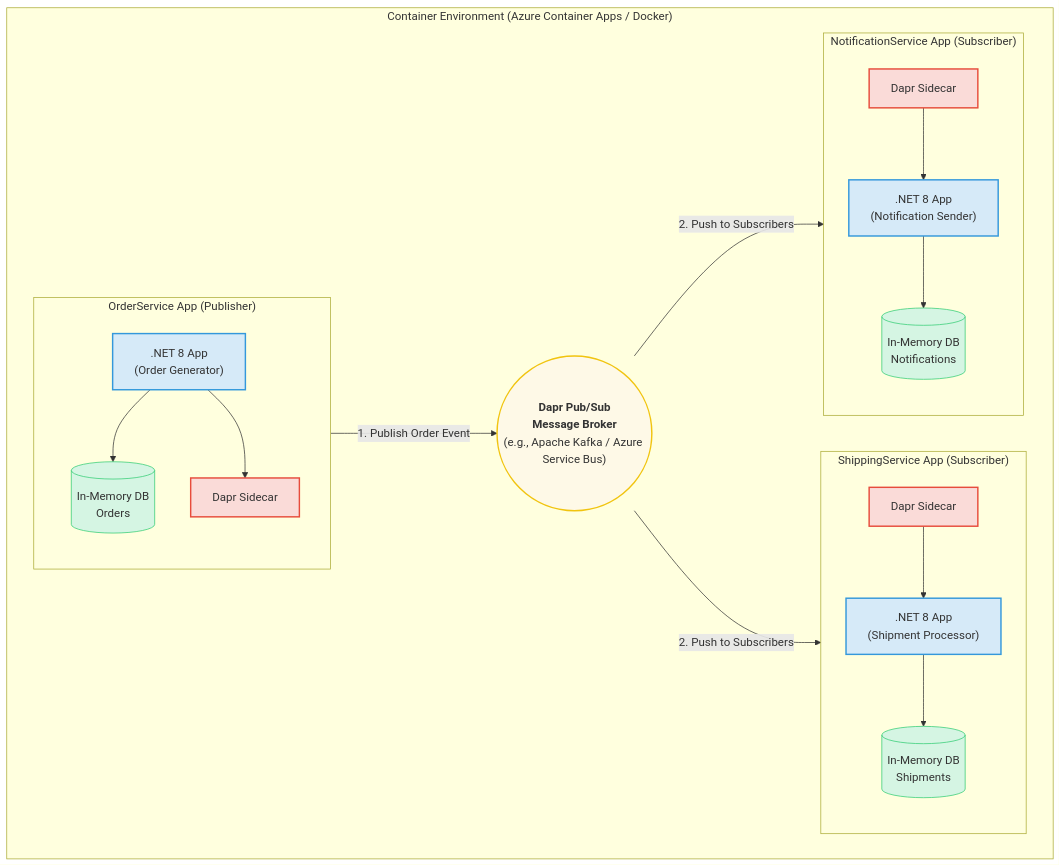
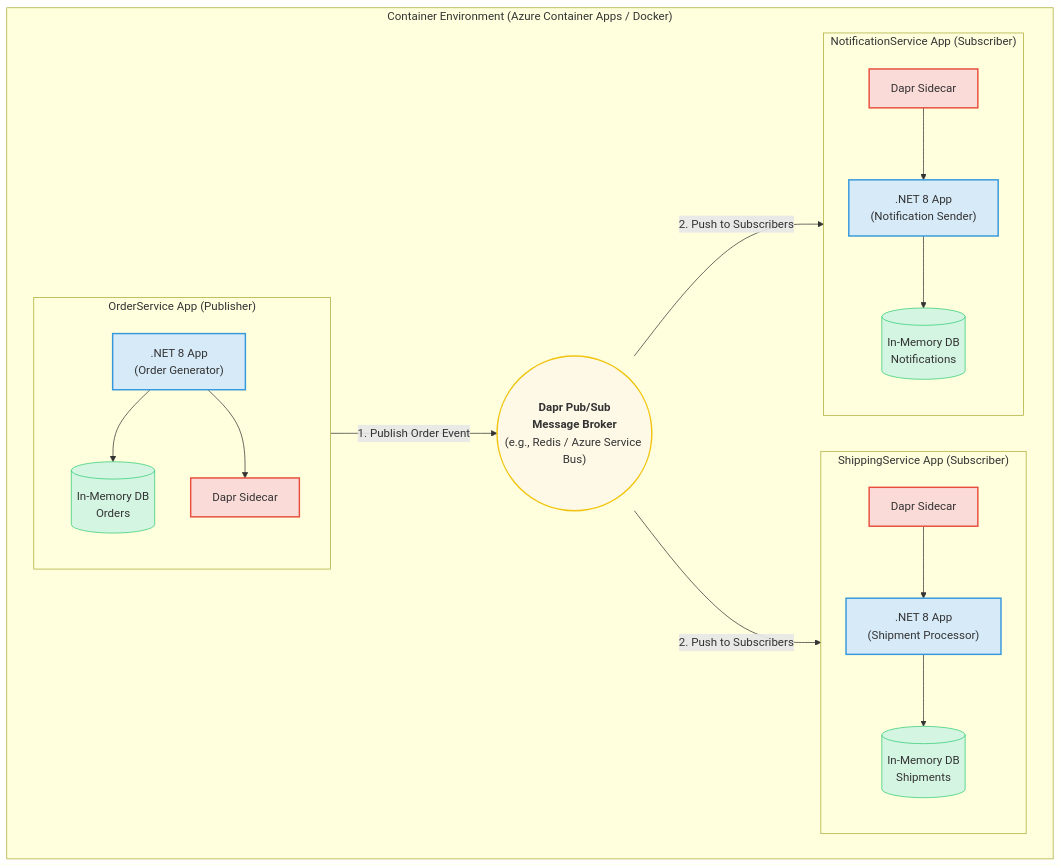
One commit to alexandrualexan-wq/OrderProcessingService changed the diagram in README.md. Above: the diagram before and after it, drawn with Mermaid. The commit also changed other lines of this file, not shown here.

````diff
--- a/README.md
+++ b/README.md
@@ -13,50 +13,50 @@
 ```mermaid
 graph TD
     subgraph "Container Environment (Azure Container Apps / Docker)"
         direction LR
 
         subgraph "OrderService App (Publisher)"
             direction TB
             OrderService_App[".NET 8 App<br/>(Order Generator)"]
             OrderService_DB[(In-Memory DB<br/>Orders)]
             OrderService_Dapr[Dapr Sidecar]
             OrderService_App --> OrderService_DB
             OrderService_App --> OrderService_Dapr
         end
 
         subgraph "ShippingService App (Subscriber)"
             direction TB
             ShippingService_App[".NET 8 App<br/>(Shipment Processor)"]
             ShippingService_DB[(In-Memory DB<br/>Shipments)]
             ShippingService_Dapr[Dapr Sidecar]
             ShippingService_App --> ShippingService_DB
             ShippingService_Dapr --> ShippingService_App
         end
 
         subgraph "NotificationService App (Subscriber)"
             direction TB
             NotificationService_App[".NET 8 App<br/>(Notification Sender)"]
             NotificationService_DB[(In-Memory DB<br/>Notifications)]
             NotificationService_Dapr[Dapr Sidecar]
             NotificationService_App --> NotificationService_DB
             NotificationService_Dapr --> NotificationService_App
         end
 
-        PubSubBroker(("<br/><b>Dapr Pub/Sub<br/>Message Broker</b><br/>(e.g., Apache Kafka / Azure Service Bus)<br/><br/>"))
+        PubSubBroker(("<br/><b>Dapr Pub/Sub<br/>Message Broker</b><br/>(e.g., Redis / Azure Service Bus)<br/><br/>"))
 
     end
 
     OrderService_Dapr -- "1. Publish Order Event" --> PubSubBroker
     PubSubBroker -- "2. Push to Subscribers" --> ShippingService_Dapr
     PubSubBroker -- "2. Push to Subscribers" --> NotificationService_Dapr
 
     classDef service fill:#D6EAF8,stroke:#3498DB,stroke-width:2px;
     classDef dapr fill:#FADBD8,stroke:#E74C3C,stroke-width:2px;
     classDef db fill:#D5F5E3,stroke:#2ECC71,stroke-width:1px;
     classDef broker fill:#FEF9E7,stroke:#F1C40F,stroke-width:2px;
 
     class OrderService_App,ShippingService_App,NotificationService_App service;
     class OrderService_Dapr,ShippingService_Dapr,NotificationService_Dapr dapr;
     class OrderService_DB,ShippingService_DB,NotificationService_DB db;
     class PubSubBroker broker;
 ```
````
